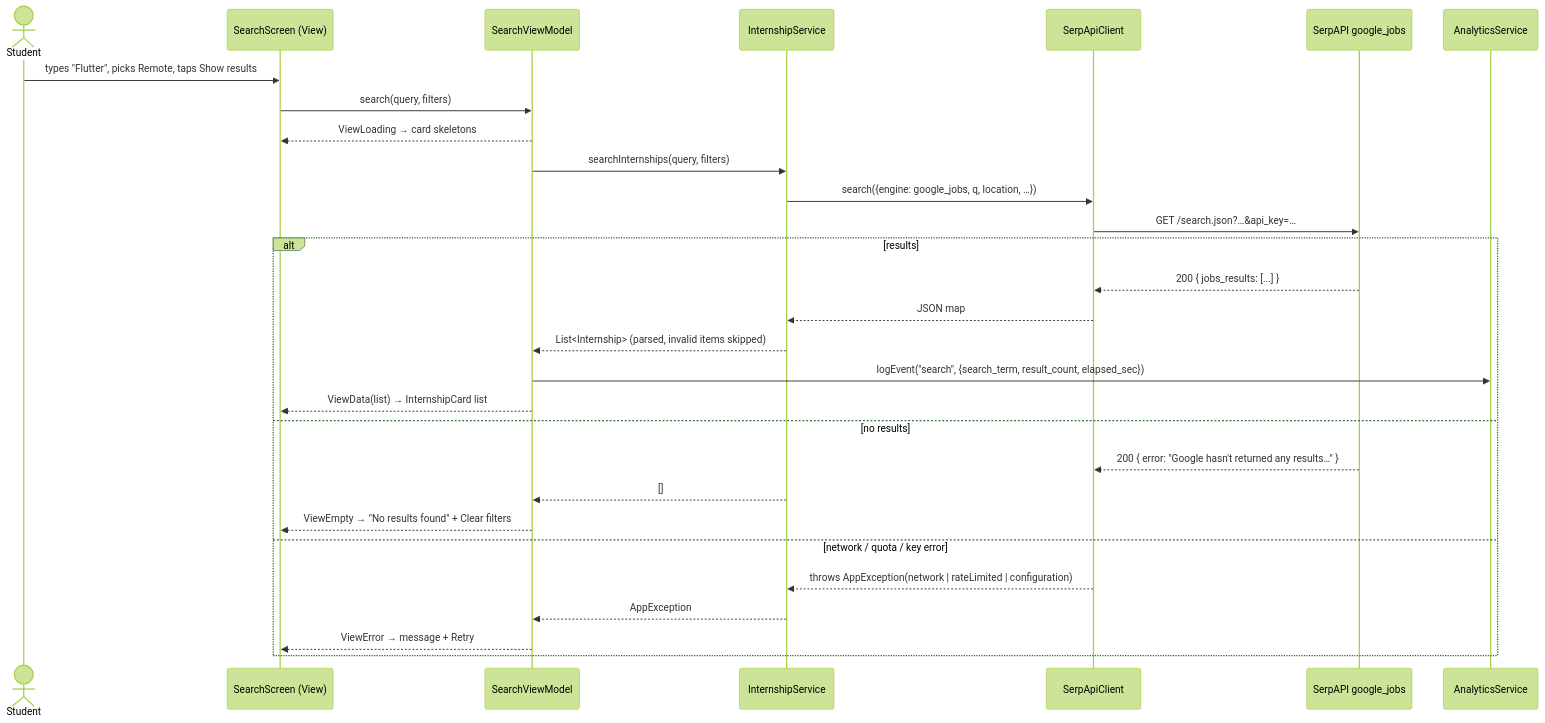
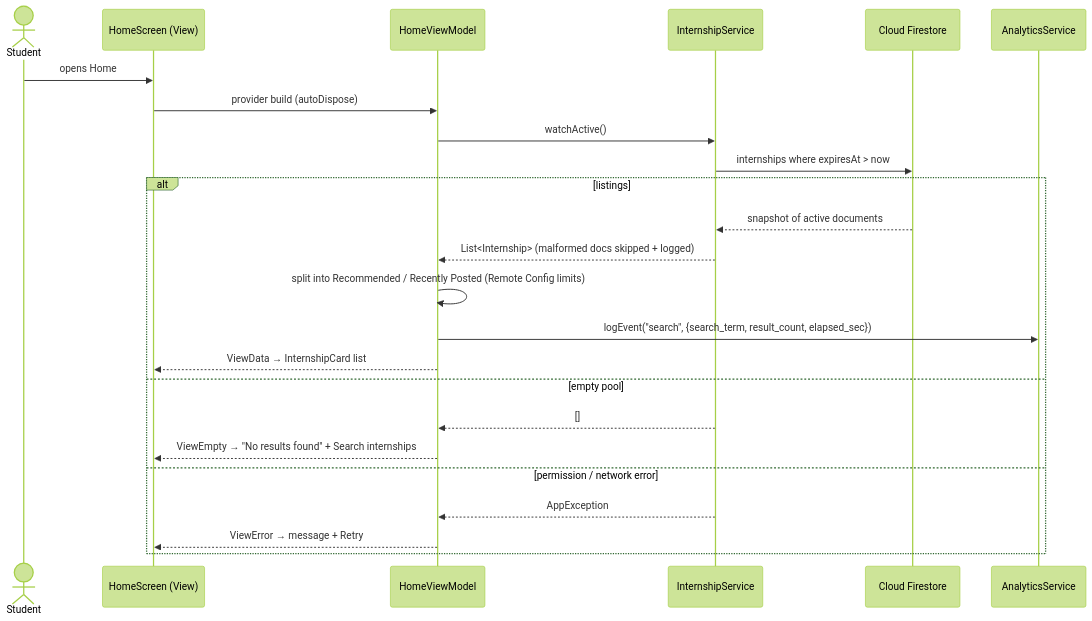
One commit to lamtailoi2/prm323_lab3 changed the second of 2 diagrams in docs/architecture.md. Above: the diagram before and after it, drawn with Mermaid (forest theme). The commit also changed other lines of this file and 60 other files, not shown here.

First line of the commit message:
feat(home): add IT role discovery and synced listings

````diff
--- a/docs/architecture.md
+++ b/docs/architecture.md
@@ -105,32 +108,27 @@
 ```mermaid
 sequenceDiagram
     actor Student
-    participant V as SearchScreen (View)
-    participant VM as SearchViewModel
+    participant V as HomeScreen (View)
+    participant VM as HomeViewModel
     participant IS as InternshipService
-    participant SC as SerpApiClient
-    participant API as SerpAPI google_jobs
+    participant FS as Cloud Firestore
     participant A as AnalyticsService
 
-    Student->>V: types "Flutter", picks Remote, taps Show results
-    V->>VM: search(query, filters)
-    VM-->>V: ViewLoading → card skeletons
-    VM->>IS: searchInternships(query, filters)
-    IS->>SC: search({engine: google_jobs, q, location, …})
-    SC->>API: GET /search.json?…&api_key=…
-    alt results
-        API-->>SC: 200 { jobs_results: [...] }
-        SC-->>IS: JSON map
-        IS-->>VM: List<Internship> (parsed, invalid items skipped)
+    Student->>V: opens Home
+    V->>VM: provider build (autoDispose)
+    VM->>IS: watchActive()
+    IS->>FS: internships where expiresAt > now
+    alt listings
+        FS-->>IS: snapshot of active documents
+        IS-->>VM: List<Internship> (malformed docs skipped + logged)
+        VM->>VM: split into Recommended / Recently Posted (Remote Config limits)
         VM->>A: logEvent("search", {search_term, result_count, elapsed_sec})
-        VM-->>V: ViewData(list) → InternshipCard list
-    else no results
-        API-->>SC: 200 { error: "Google hasn't returned any results…" }
+        VM-->>V: ViewData → InternshipCard list
+    else empty pool
         IS-->>VM: []
-        VM-->>V: ViewEmpty → "No results found" + Clear filters
-    else network / quota / key error
-        SC-->>IS: throws AppException(network | rateLimited | configuration)
+        VM-->>V: ViewEmpty → "No results found" + Search internships
+    else permission / network error
         IS-->>VM: AppException
         VM-->>V: ViewError → message + Retry
     end
 ```
````
